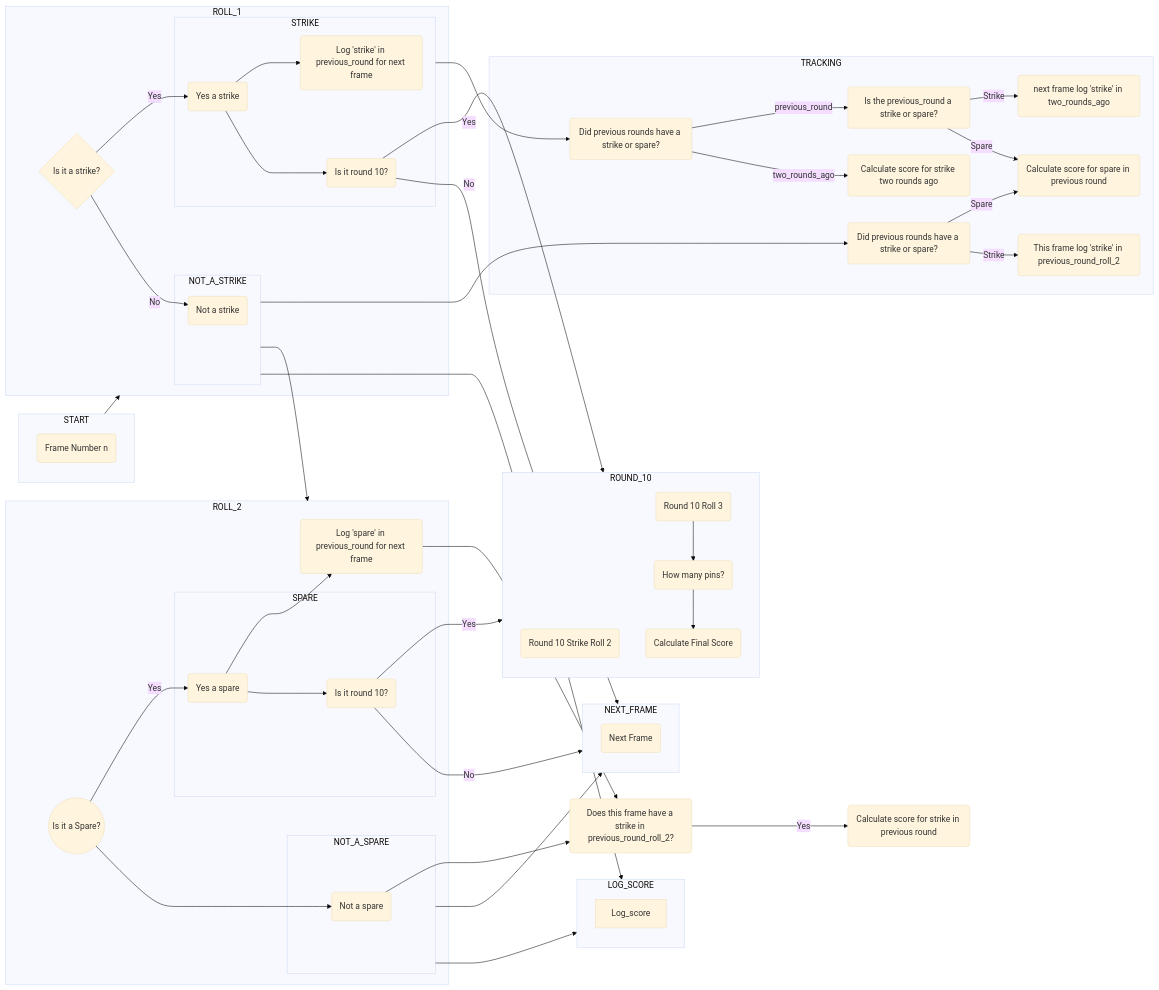
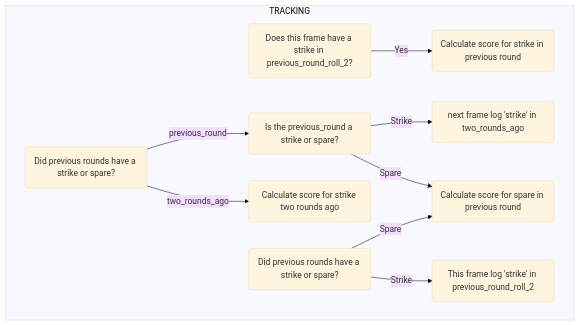
The sixth of 7 diagrams in README.md (gawainhewitt/bowling-challenge-ruby), drawn with Mermaid (base theme) before and after one commit.

Commit message:
split diagrams ready for more work

````diff
--- a/README.md
+++ b/README.md
@@ -11,64 +95,20 @@
 ```mermaid
 
-flowchart LR
+flowchart TD
     
-    C{Is it a strike?}
-    D(Log 'strike' in previous_round for next frame)
     E(Did previous rounds have a strike or spare?)
     F(Is the previous_round a strike or spare?)
     G(next frame log 'strike' in two_rounds_ago)
     H(Calculate score for spare in previous round)
-    I((Is it a Spare?))
-    K(Log 'spare' in previous_round for next frame)
     L(Does this frame have a strike in previous_round_roll_2?)
-    P(Not a spare)
-    R(Yes a spare)
-    S(Yes a strike)
-    T(Not a strike)
     U(Calculate score for strike two rounds ago)
     V(Did previous rounds have a strike or spare?)
     W(This frame log 'strike' in previous_round_roll_2)
     X(Calculate score for strike in previous round)
-    Y(Is it round 10?)
-    Z(Round 10 Strike Roll 2)
-    AA(Round 10 Roll 3)
-    BA(Calculate Final Score)
-    CA(How many pins?)
-    DA(Next Frame)
-    EA(Is it round 10?)
-
-    subgraph START
-        A(Frame Number n)
-    end
-    subgraph ROLL_1
-        C -->|Yes| S
-        C -->|No| T
-        subgraph STRIKE
-            S --> D
-            S --> EA
-        end
-        subgraph NOT_A_STRIKE
-            T 
-        end
-    end
-    subgraph ROLL_2
-        I -->|Yes|R
-        I --> P
-        R --> K
-        subgraph SPARE
-            R --> Y
-        end
-        subgraph NOT_A_SPARE
-            P
-        end
-    end
-
-     subgraph LOG_SCORE
-        Log_score
-    end
     
     subgraph TRACKING
-        STRIKE --> E
+        
+        L -->|Yes|X
         E -->|previous_round| F
         E -->|two_rounds_ago| U
         F -->|Strike| G
@@ -76,30 +116,5 @@
         V -->|Spare|H
         V -->|Strike|W
     end
-    subgraph ROUND_10
-    Z
-        AA --> CA
-        CA --> BA
-    end
-    subgraph NEXT_FRAME
-        DA
-    end
-   
-    
-    START --> ROLL_1
-    NOT_A_STRIKE --> V
-    NOT_A_STRIKE --> ROLL_2
-    Y -->|Yes|ROUND_10
-    Y -->|No| NEXT_FRAME
-    NOT_A_SPARE --> NEXT_FRAME
-    EA -->|Yes|ROUND_10
-    EA -->|No|NEXT_FRAME
-    NOT_A_STRIKE --> LOG_SCORE
-    
-    
-    NOT_A_SPARE --> LOG_SCORE
-    K --> L
-    L -->|Yes|X
-    P --> L
 
 ```
````
